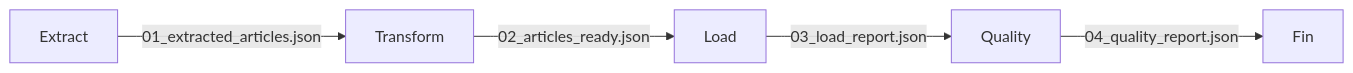
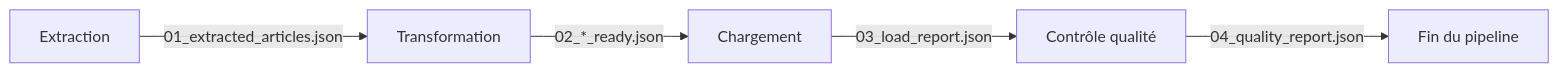
Before and after one commit to gonzalezcourrier34-glitch/checkit_ai: the second of 3 diagrams in docs/06_dag/08_execution.md, drawn with Mermaid. The commit also changed other lines of this file and 51 other files, not shown here.

````diff
--- a/docs/06_dag/08_execution.md
+++ b/docs/06_dag/08_execution.md
@@ -144,19 +161,19 @@
 ```mermaid
 flowchart LR
 
-Extract
+Extract["Extraction"]
 
--->|"01_extracted_articles.json"| Transform
+Transform["Transformation"]
 
-Transform
+Load["Chargement"]
 
--->|"02_articles_ready.json"| Load
+Quality["Contrôle qualité"]
 
-Load
+Extract -->|"01_extracted_articles.json"| Transform
 
--->|"03_load_report.json"| Quality
+Transform -->|"02_*_ready.json"| Load
 
-Quality
+Load -->|"03_load_report.json"| Quality
 
--->|"04_quality_report.json"| Fin
+Quality -->|"04_quality_report.json"| End["Fin du pipeline"]
 ```
````
